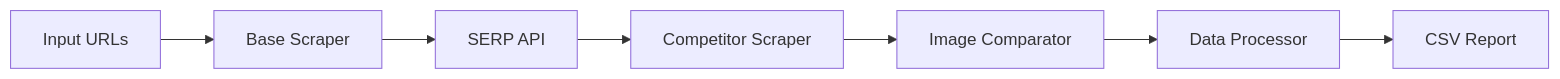
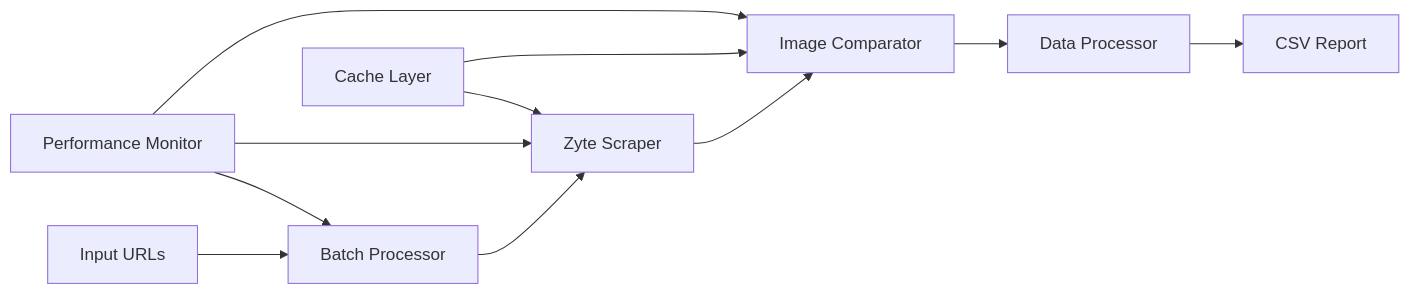
The diagram in README.md (hjayne-creator/dynEcomProductMatcherV2), drawn with Mermaid before and after one commit. The commit also changed other lines of this file and 45 other files, not shown here.

````diff
--- a/README.md
+++ b/README.md
@@ -14,9 +34,13 @@
 ```mermaid
 graph LR
-A[Input URLs] --> B[Base Scraper]
-B --> C[SERP API]
-C --> D[Competitor Scraper]
-D --> E[Image Comparator]
-E --> F[Data Processor]
-F --> G[CSV Report]
+A[Input URLs] --> B[Batch Processor]
+B --> C[Zyte Scraper]
+C --> D[Image Comparator]
+D --> E[Data Processor]
+E --> F[CSV Report]
+G[Cache Layer] --> C
+G --> D
+H[Performance Monitor] --> B
+H --> C
+H --> D
 ```
````
